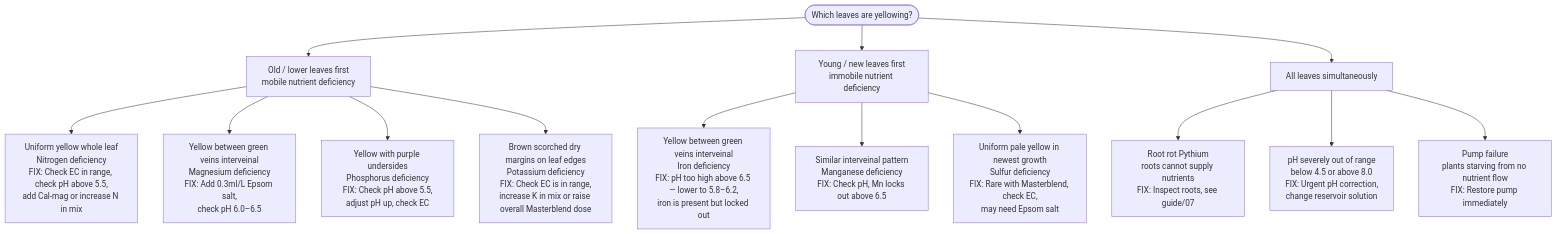
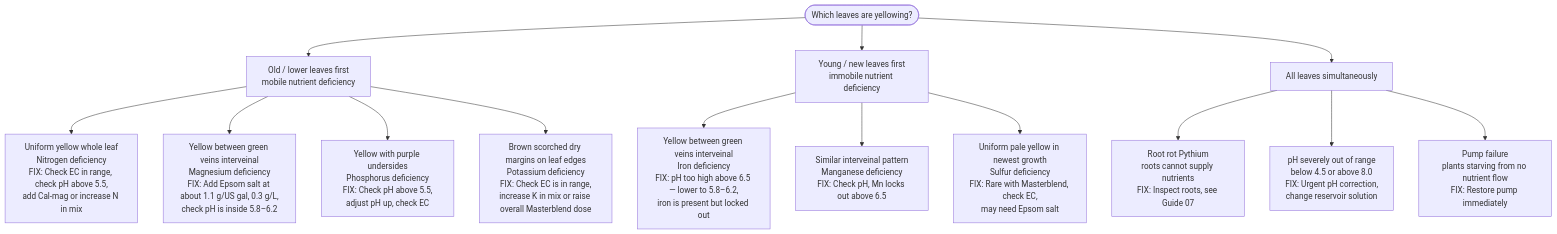
Before and after one commit to UncleJS/guide_hydroponics: the first of 4 diagrams in guide/nft/09-troubleshooting.md, drawn with Mermaid. The commit also changed other lines of this file and 35 other files, not shown here.

````diff
--- a/guide/nft/09-troubleshooting.md
+++ b/guide/nft/09-troubleshooting.md
@@ -238,21 +248,21 @@
 ```mermaid
 flowchart TD
     Start([Which leaves are yellowing?])
 
     Start --> Old[Old / lower leaves first<br/>mobile nutrient deficiency]
     Start --> New[Young / new leaves first<br/>immobile nutrient deficiency]
     Start --> All[All leaves simultaneously]
 
     Old --> N[Uniform yellow whole leaf<br/>Nitrogen deficiency<br/>FIX: Check EC in range, check pH above 5.5,<br/>add Cal-mag or increase N in mix]
-    Old --> Mg[Yellow between green veins interveinal<br/>Magnesium deficiency<br/>FIX: Add 0.3ml/L Epsom salt,<br/>check pH 6.0–6.5]
+    Old --> Mg[Yellow between green veins interveinal<br/>Magnesium deficiency<br/>FIX: Add Epsom salt at about 1.1 g/US gal, 0.3 g/L,<br/>check pH is inside 5.8–6.2]
     Old --> P[Yellow with purple undersides<br/>Phosphorus deficiency<br/>FIX: Check pH above 5.5,<br/>adjust pH up, check EC]
     Old --> K[Brown scorched dry margins on leaf edges<br/>Potassium deficiency<br/>FIX: Check EC is in range,<br/>increase K in mix or raise overall Masterblend dose]
 
     New --> Fe[Yellow between green veins interveinal<br/>Iron deficiency<br/>FIX: pH too high above 6.5 — lower to 5.8–6.2,<br/>iron is present but locked out]
     New --> Mn[Similar interveinal pattern<br/>Manganese deficiency<br/>FIX: Check pH, Mn locks out above 6.5]
     New --> S[Uniform pale yellow in newest growth<br/>Sulfur deficiency<br/>FIX: Rare with Masterblend, check EC,<br/>may need Epsom salt]
 
-    All --> Pythium[Root rot Pythium<br/>roots cannot supply nutrients<br/>FIX: Inspect roots, see guide/07]
+    All --> Pythium[Root rot Pythium<br/>roots cannot supply nutrients<br/>FIX: Inspect roots, see Guide 07]
     All --> pHOut[pH severely out of range<br/>below 4.5 or above 8.0<br/>FIX: Urgent pH correction,<br/>change reservoir solution]
     All --> PumpFail[Pump failure<br/>plants starving from no nutrient flow<br/>FIX: Restore pump immediately]
 ```
````
